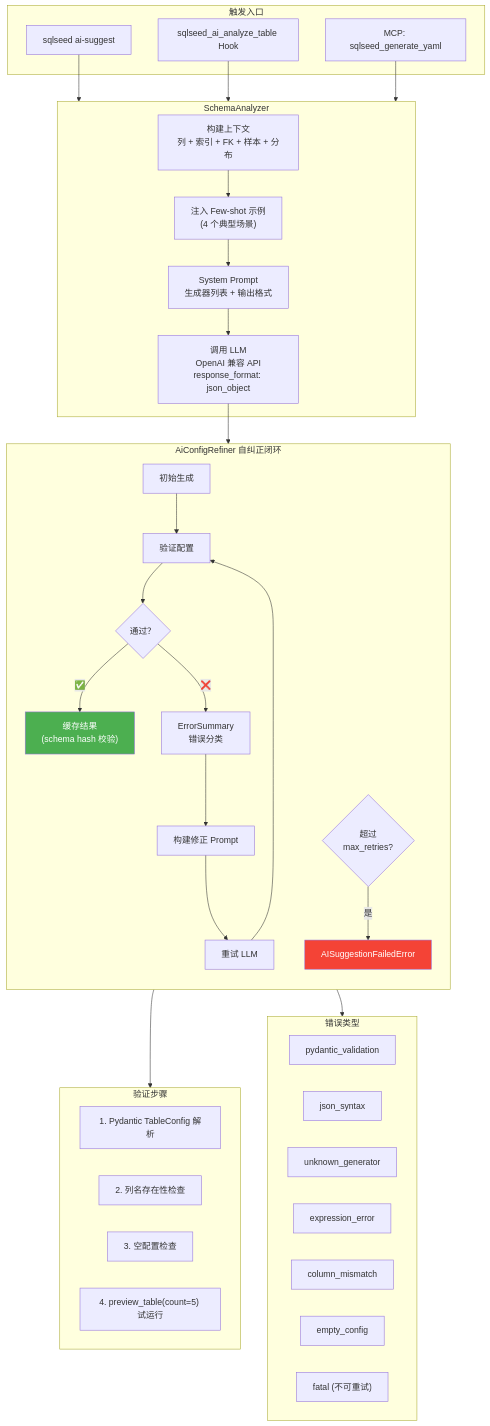
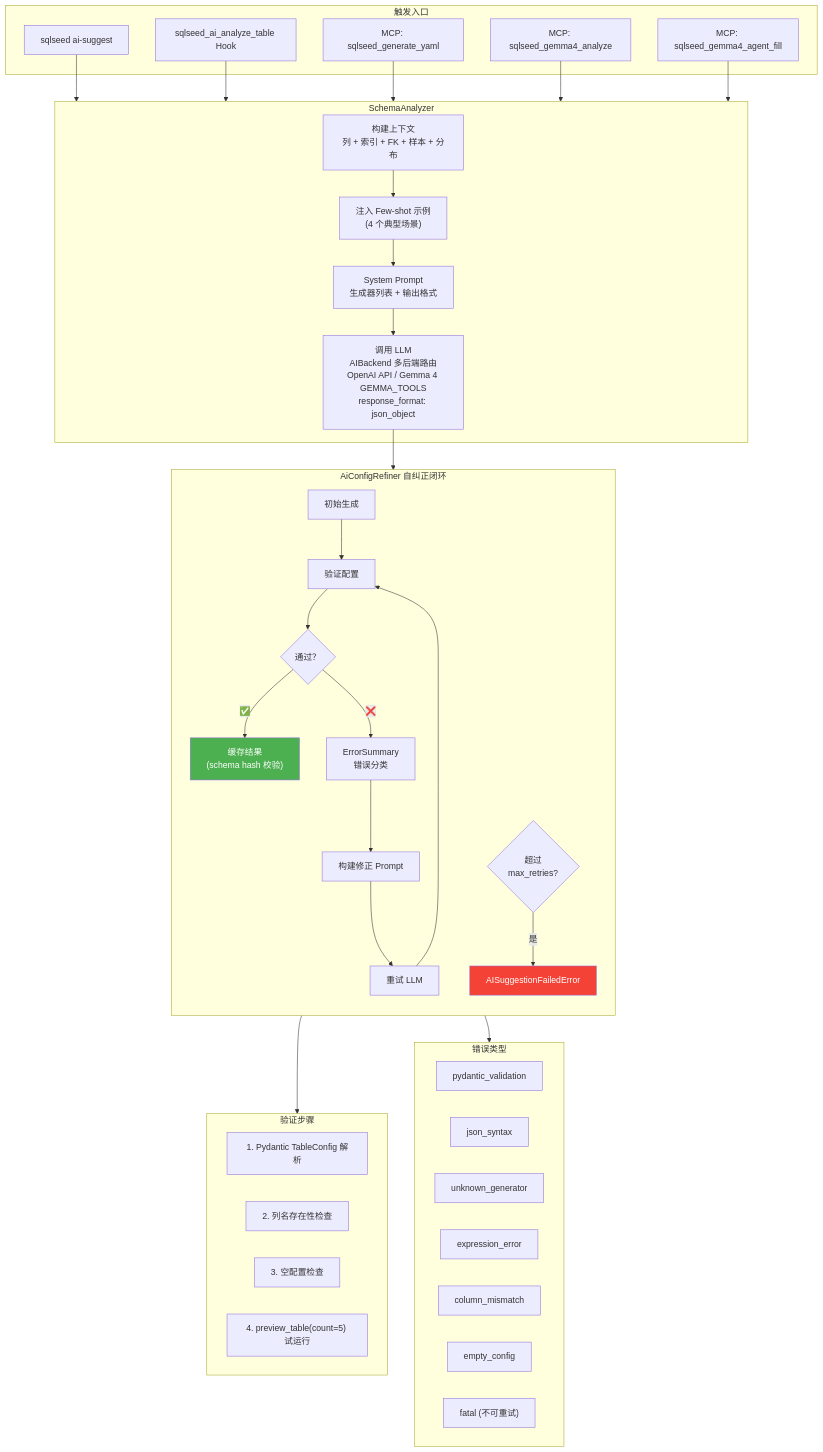
The seventh of 11 diagrams in docs/architecture.zh-CN.md (sunbos/sqlseed), drawn with Mermaid before and after one commit. The commit also changed other lines of this file and 22 other files, not shown here.

````diff
--- a/docs/architecture.zh-CN.md
+++ b/docs/architecture.zh-CN.md
@@ -423,64 +429,68 @@
 ```mermaid
 flowchart TB
     subgraph CLI_Trigger["触发入口"]
         CLICmd["sqlseed ai-suggest"]
         HookCall["sqlseed_ai_analyze_table Hook"]
         MCPTool["MCP: sqlseed_generate_yaml"]
+        MCPGemma4Analyze["MCP: sqlseed_gemma4_analyze"]
+        MCPGemma4AgentFill["MCP: sqlseed_gemma4_agent_fill"]
     end
 
     subgraph Analyzer["SchemaAnalyzer"]
         Context["构建上下文<br/>列 + 索引 + FK + 样本 + 分布"]
         FewShot["注入 Few-shot 示例<br/>(4 个典型场景)"]
         SysPrompt["System Prompt<br/>生成器列表 + 输出格式"]
-        LLM["调用 LLM<br/>OpenAI 兼容 API<br/>response_format: json_object"]
+        LLM["调用 LLM<br/>AIBackend 多后端路由<br/>OpenAI API / Gemma 4 GEMMA_TOOLS<br/>response_format: json_object"]
     end
 
     subgraph Refiner["AiConfigRefiner 自纠正闭环"]
         direction TB
         Init["初始生成"]
         Validate["验证配置"]
         VCheck{"通过？"}
         Cache["缓存结果<br/>(schema hash 校验)"]
         ErrorSum["ErrorSummary<br/>错误分类"]
         FixPrompt["构建修正 Prompt"]
         Retry["重试 LLM"]
         MaxCheck{"超过<br/>max_retries?"}
         FailErr["AISuggestionFailedError"]
 
         Init --> Validate --> VCheck
         VCheck -->|✅| Cache
         VCheck -->|❌| ErrorSum --> FixPrompt --> Retry
         Retry --> Validate
         MaxCheck -->|是| FailErr
     end
 
     subgraph Validation["验证步骤"]
         V1["1. Pydantic TableConfig 解析"]
         V2["2. 列名存在性检查"]
         V3["3. 空配置检查"]
         V4["4. preview_table(count=5) 试运行"]
     end
 
     subgraph ErrorTypes["错误类型"]
         E1["pydantic_validation"]
         E2["json_syntax"]
         E3["unknown_generator"]
         E4["expression_error"]
         E5["column_mismatch"]
         E6["empty_config"]
         E7["fatal (不可重试)"]
     end
 
     CLICmd --> Analyzer
     HookCall --> Analyzer
     MCPTool --> Analyzer
+    MCPGemma4Analyze --> Analyzer
+    MCPGemma4AgentFill --> Analyzer
 
     Context --> FewShot --> SysPrompt --> LLM
     LLM --> Refiner
 
     Validate --> Validation
     ErrorSum --> ErrorTypes
 
     style Cache fill:#4CAF50,color:#fff
     style FailErr fill:#F44336,color:#fff
 ```
````
